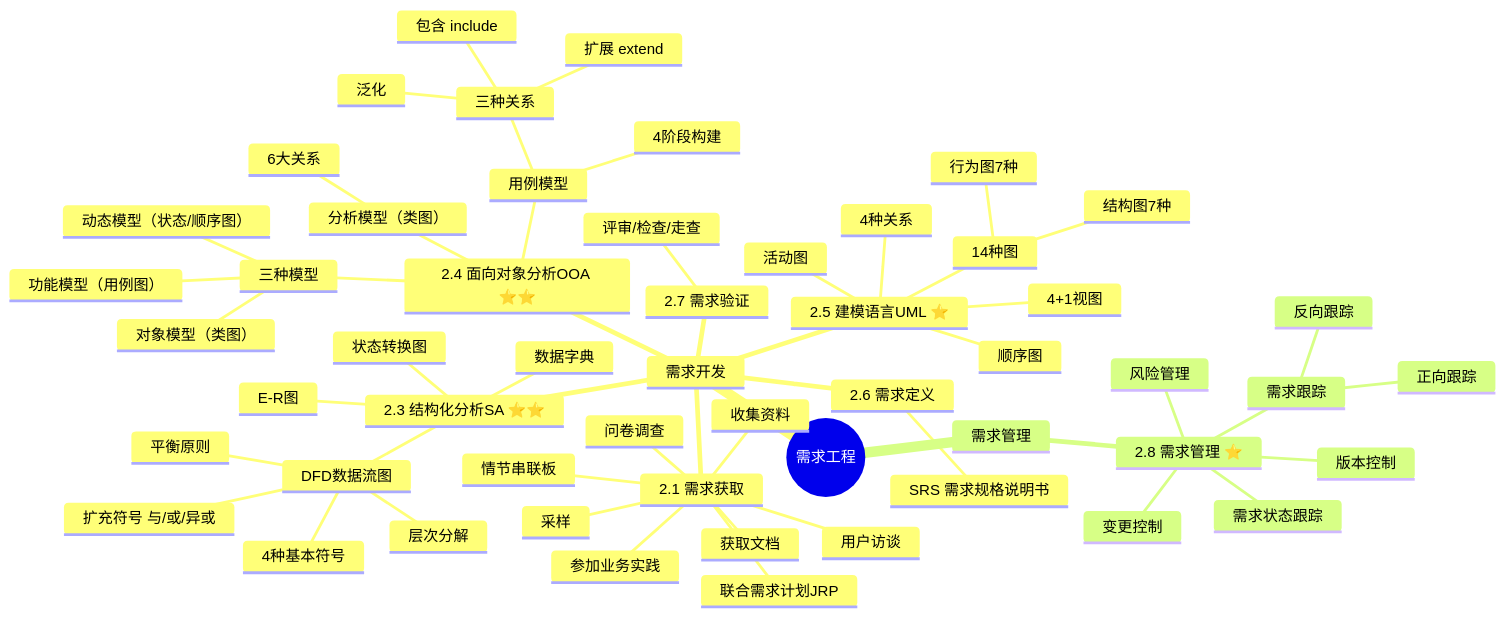
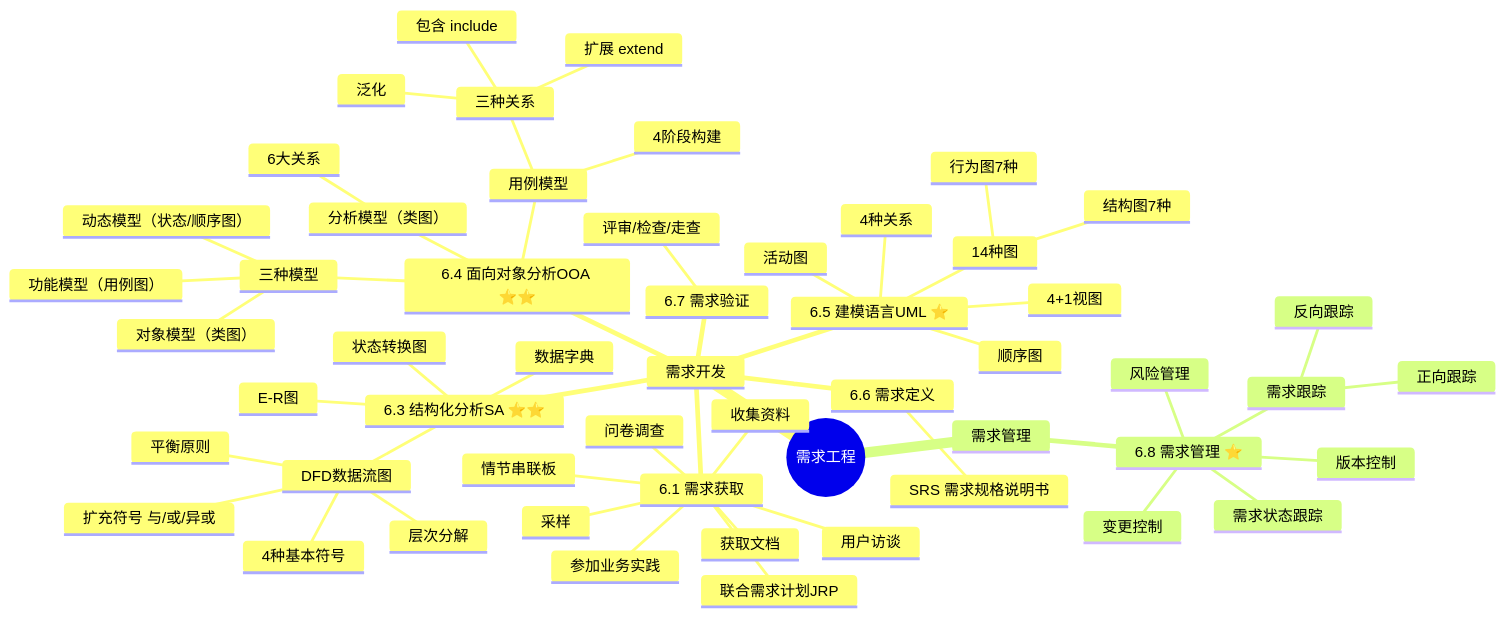
Before and after one commit to wanlinruo/system-architect-exam-prep: the diagram in 01-综合知识/06-需求工程.md, drawn with Mermaid. The commit also changed other lines of this file and 3 other files, not shown here.

````diff
--- a/01-综合知识/06-需求工程.md
+++ b/01-综合知识/06-需求工程.md
@@ -36,57 +36,57 @@
 ```mermaid
 mindmap
   root((需求工程))
     需求开发
-      2.1 需求获取
+      6.1 需求获取
         用户访谈
         问卷调查
         采样
         情节串联板
         联合需求计划JRP
         收集资料
         获取文档
         参加业务实践
-      2.3 结构化分析SA ⭐⭐
+      6.3 结构化分析SA ⭐⭐
         DFD数据流图
           4种基本符号
           扩充符号 与/或/异或
           层次分解
           平衡原则
         数据字典
         状态转换图
         E-R图
-      2.4 面向对象分析OOA ⭐⭐
+      6.4 面向对象分析OOA ⭐⭐
         三种模型
           对象模型（类图）
           功能模型（用例图）
           动态模型（状态/顺序图）
         用例模型
           4阶段构建
           三种关系
             包含 include
             扩展 extend
             泛化
         分析模型（类图）
           6大关系
-      2.5 建模语言UML ⭐
+      6.5 建模语言UML ⭐
         4+1视图
         14种图
           结构图7种
           行为图7种
         4种关系
         顺序图
         活动图
-      2.6 需求定义
+      6.6 需求定义
         SRS 需求规格说明书
-      2.7 需求验证
+      6.7 需求验证
         评审/检查/走查
     需求管理
-      2.8 需求管理 ⭐
+      6.8 需求管理 ⭐
         变更控制
         版本控制
         需求跟踪
           正向跟踪
           反向跟踪
         需求状态跟踪
         风险管理
 ```
````
